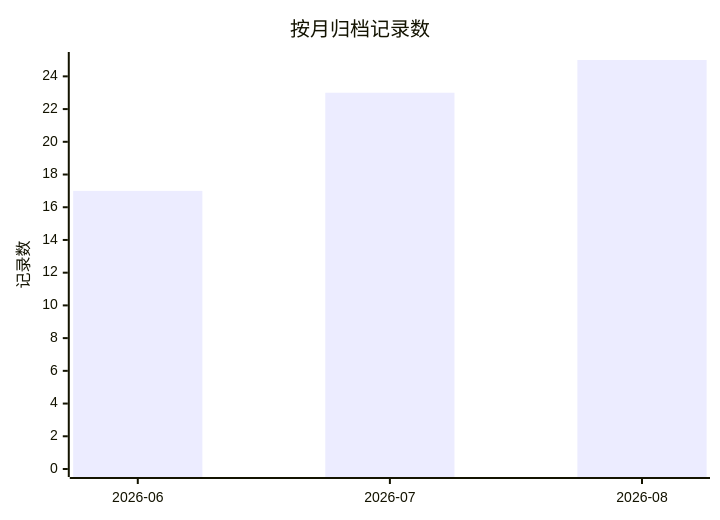
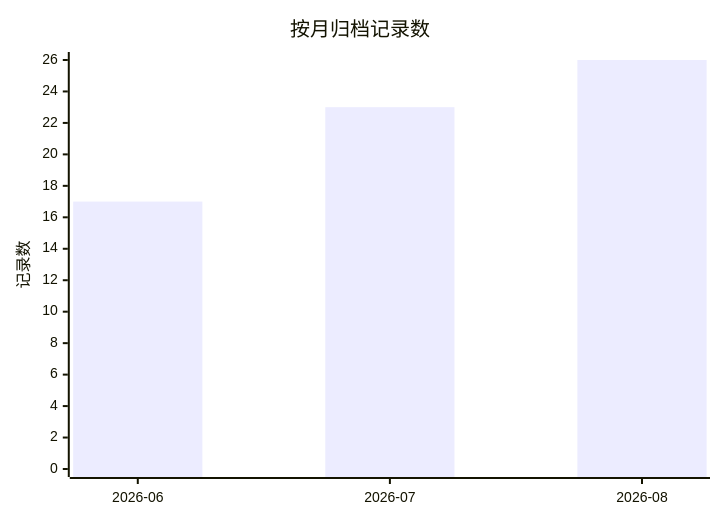
The first of 2 diagrams in docs/superpowers/ARCHIVE.md (golddream-y/obsidian-ratel), drawn with Mermaid before and after one commit. The commit also changed other lines of this file and 14 other files, not shown here.

First line of the commit message:
release: 0.5.1 — 聊天贴图真正发给视觉模型

````diff
--- a/docs/superpowers/ARCHIVE.md
+++ b/docs/superpowers/ARCHIVE.md
@@ -14,7 +14,7 @@
 ```mermaid
 xychart-beta
     title "按月归档记录数"
     x-axis ["2026-06", "2026-07", "2026-08"]
-    y-axis "记录数" 0 --> 25
-    bar [17, 23, 25]
+    y-axis "记录数" 0 --> 26
+    bar [17, 23, 26]
 ```
````
